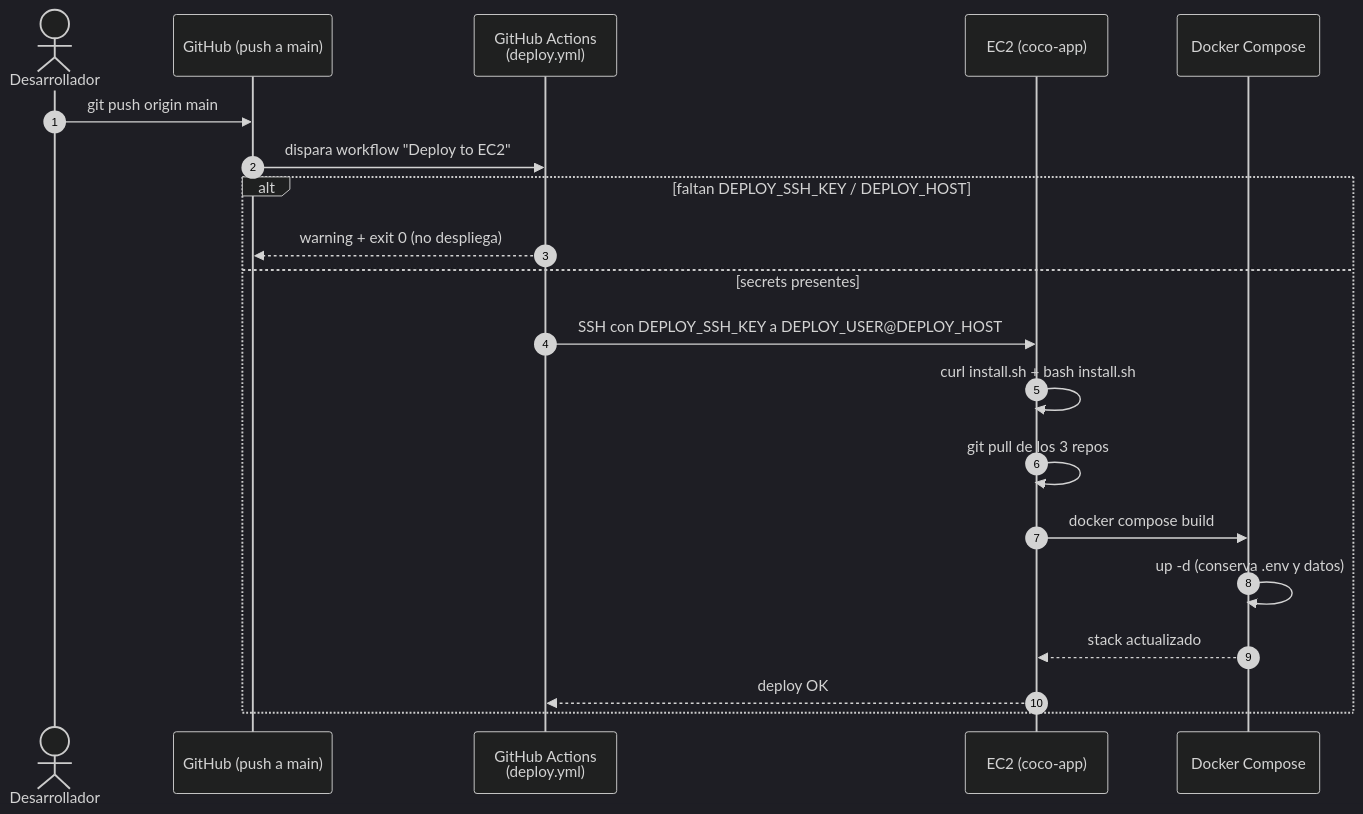
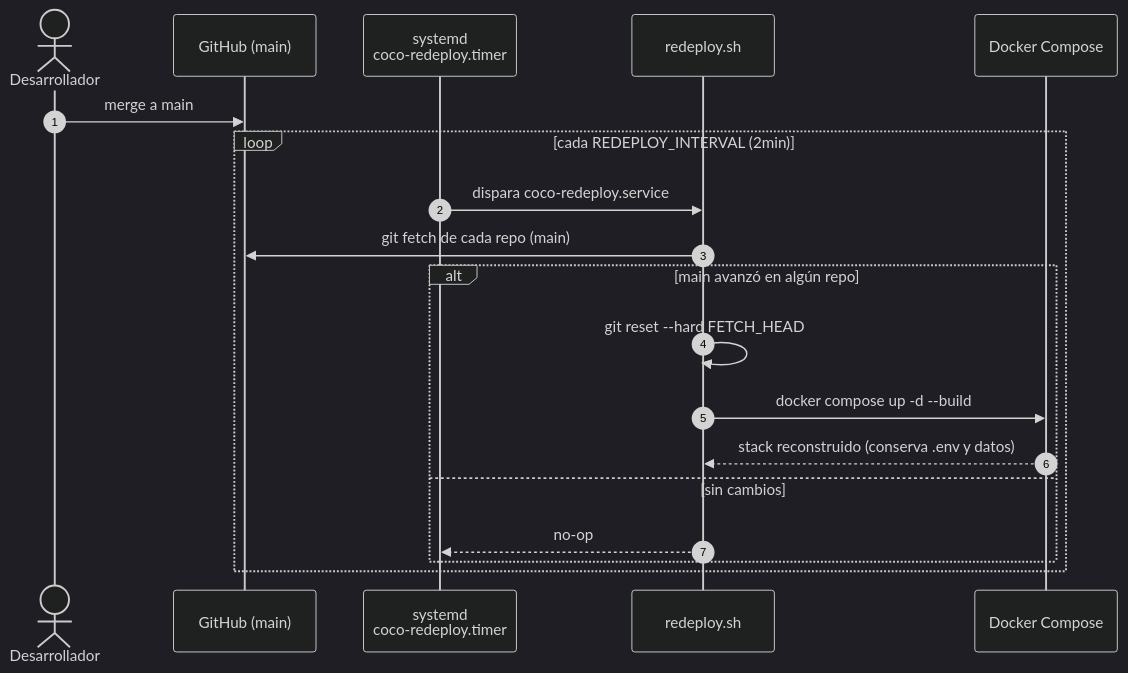
One commit to coconsulting2/cocowiki changed the diagram in docs/getting-started/deploy-aws.md. Above: the diagram before and after it, drawn with Mermaid (dark theme). The commit also changed other lines of this file and 5 other files, not shown here.

First line of the commit message:
docs(deploy): document the real CD (git-poll) and retire stale GHCR/SSH refs

````diff
--- a/docs/getting-started/deploy-aws.md
+++ b/docs/getting-started/deploy-aws.md
@@ -542,23 +547,22 @@
 ```mermaid
 sequenceDiagram
   autonumber
   actor Dev as Desarrollador
-  participant GH as GitHub (push a main)
-  participant GA as GitHub Actions<br/>(deploy.yml)
-  participant EC2 as EC2 (coco-app)
+  participant GH as GitHub (main)
+  participant T as systemd<br/>coco-redeploy.timer
+  participant RS as redeploy.sh
   participant DC as Docker Compose
 
-  Dev->>GH: git push origin main
-  GH->>GA: dispara workflow "Deploy to EC2"
-  alt faltan DEPLOY_SSH_KEY / DEPLOY_HOST
-    GA-->>GH: warning + exit 0 (no despliega)
-  else secrets presentes
-    GA->>EC2: SSH con DEPLOY_SSH_KEY a DEPLOY_USER@DEPLOY_HOST
-    EC2->>EC2: curl install.sh + bash install.sh
-    EC2->>EC2: git pull de los 3 repos
-    EC2->>DC: docker compose build
-    DC->>DC: up -d (conserva .env y datos)
-    DC-->>EC2: stack actualizado
-    EC2-->>GA: deploy OK
+  Dev->>GH: merge a main
+  loop cada REDEPLOY_INTERVAL (2min)
+    T->>RS: dispara coco-redeploy.service
+    RS->>GH: git fetch de cada repo (main)
+    alt main avanzó en algún repo
+      RS->>RS: git reset --hard FETCH_HEAD
+      RS->>DC: docker compose up -d --build
+      DC-->>RS: stack reconstruido (conserva .env y datos)
+    else sin cambios
+      RS-->>T: no-op
+    end
   end
 ```
````
